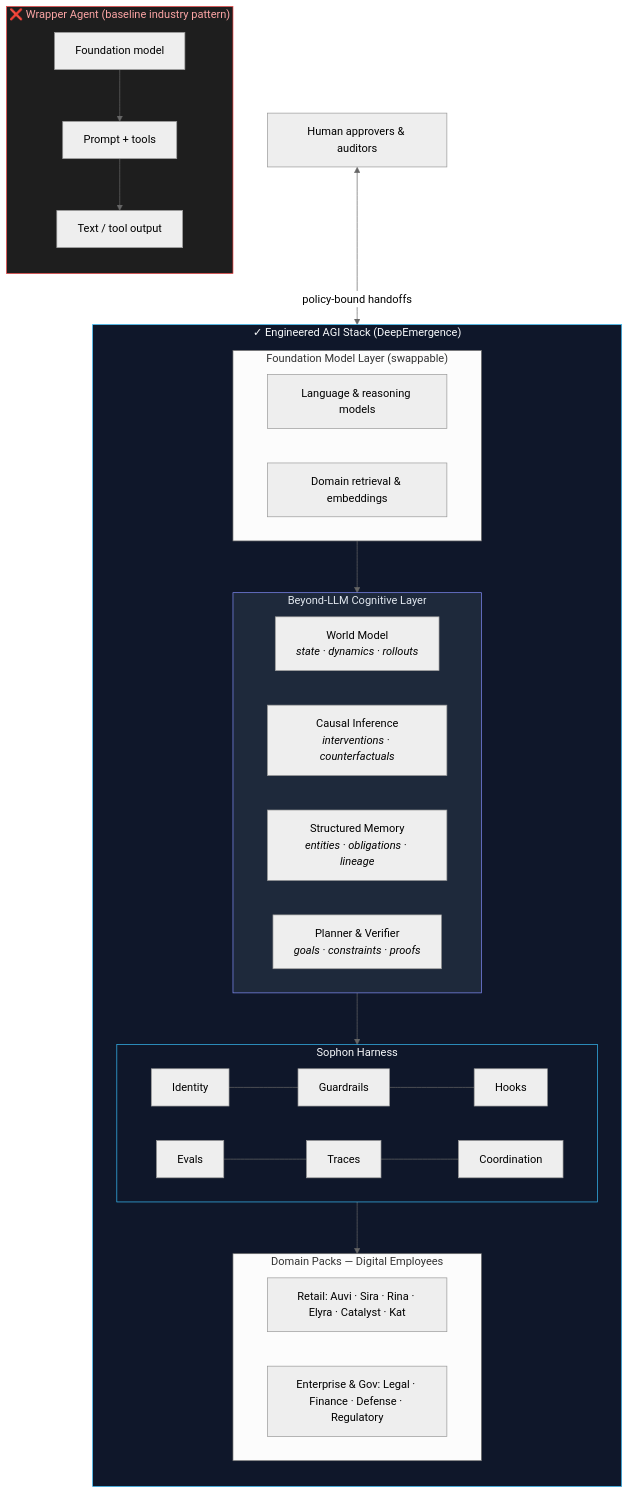
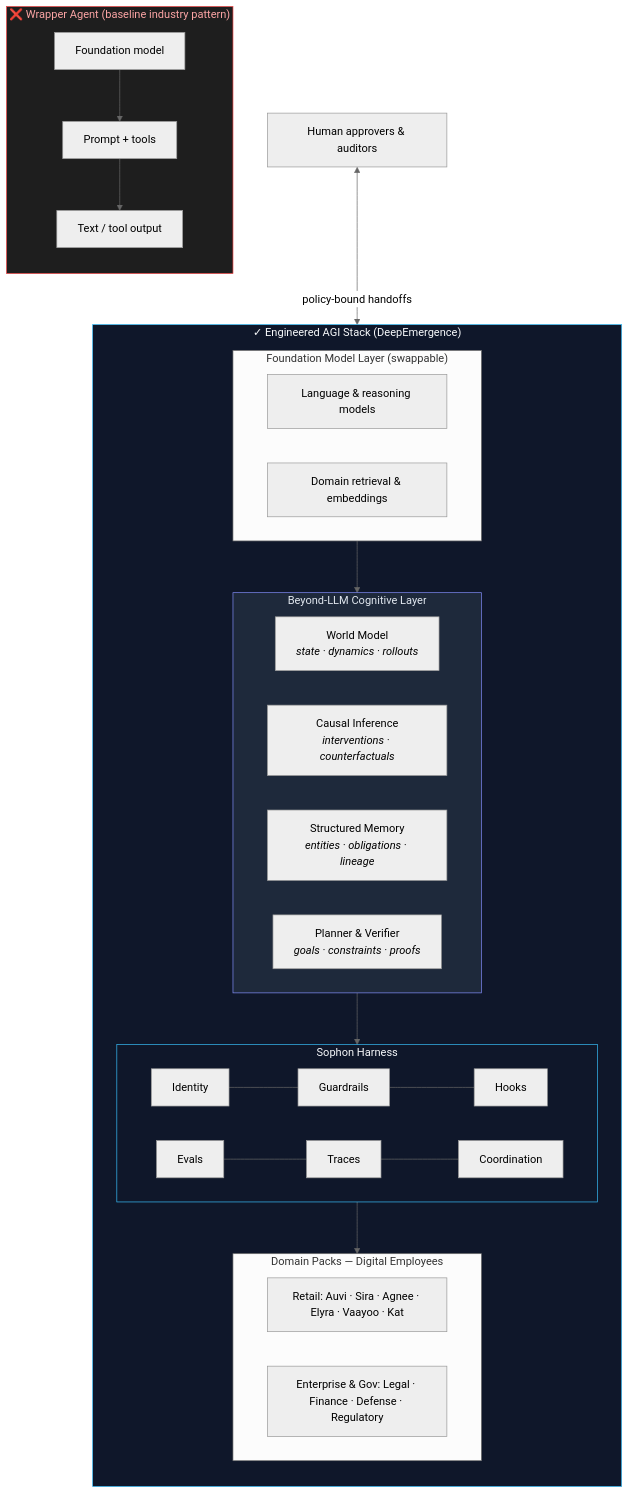
One commit to DeepEmergence/de-pitch-deck changed the first of 5 diagrams in architecture.md. Above: the diagram before and after it, drawn with Mermaid (neutral theme). The commit also changed other lines of this file and 14 other files, not shown here.

````diff
--- a/architecture.md
+++ b/architecture.md
@@ -32,49 +32,49 @@
 ```mermaid
 flowchart TB
     subgraph WRAPPER["❌ Wrapper Agent (baseline industry pattern)"]
         direction TB
         W_LLM["Foundation model"]
         W_PROMPT["Prompt + tools"]
         W_OUT["Text / tool output"]
         W_LLM --> W_PROMPT --> W_OUT
     end
 
     subgraph ENGINEERED["✓ Engineered AGI Stack (DeepEmergence)"]
         direction TB
 
         subgraph COGNITIVE["Beyond-LLM Cognitive Layer"]
             direction LR
             WM["World Model<br/><i>state · dynamics · rollouts</i>"]
             CI["Causal Inference<br/><i>interventions · counterfactuals</i>"]
             MEM["Structured Memory<br/><i>entities · obligations · lineage</i>"]
             PLAN["Planner & Verifier<br/><i>goals · constraints · proofs</i>"]
         end
 
         subgraph MODEL["Foundation Model Layer (swappable)"]
             LLM["Language & reasoning models"]
             RM["Domain retrieval & embeddings"]
         end
 
         subgraph HARNESS["Sophon Harness"]
             direction LR
             ID["Identity"] --- GR["Guardrails"] --- HK["Hooks"]
             EV["Evals"] --- TR["Traces"] --- COORD["Coordination"]
         end
 
         subgraph PACKS["Domain Packs — Digital Employees"]
-            RETAIL["Retail: Auvi · Sira · Rina · Elyra · Catalyst · Kat"]
+            RETAIL["Retail: Auvi · Sira · Agnee · Elyra · Vaayoo · Kat"]
             ENT["Enterprise & Gov: Legal · Finance · Defense · Regulatory"]
         end
 
         MODEL --> COGNITIVE
         COGNITIVE --> HARNESS
         HARNESS --> PACKS
     end
 
     HUMAN["Human approvers & auditors"] <-->|"policy-bound handoffs"| PACKS
 
     style WRAPPER fill:#1e1e1e,stroke:#ef4444,color:#fca5a5
     style ENGINEERED fill:#0f172a,stroke:#38bdf8,color:#f8fafc
     style COGNITIVE fill:#1e293b,stroke:#818cf8,color:#e2e8f0
     style HARNESS fill:#0f172a,stroke:#38bdf8,color:#f8fafc
 ```
````
